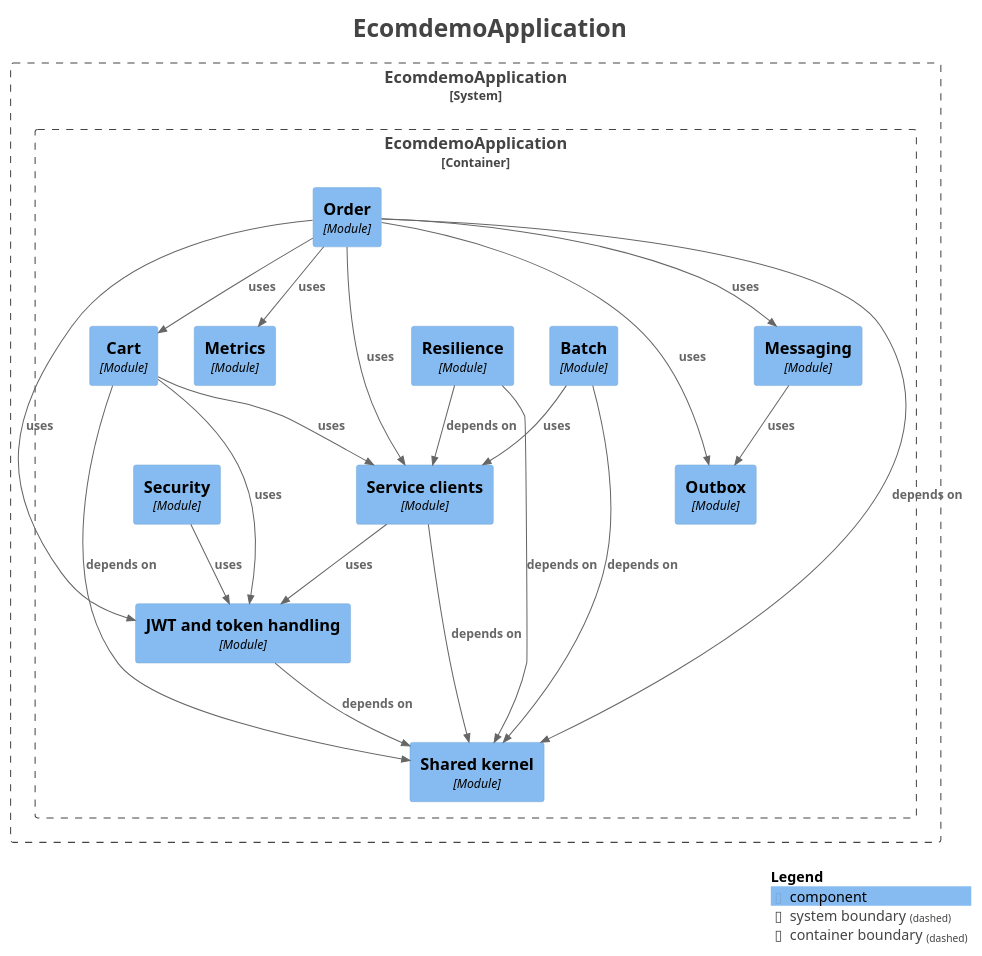
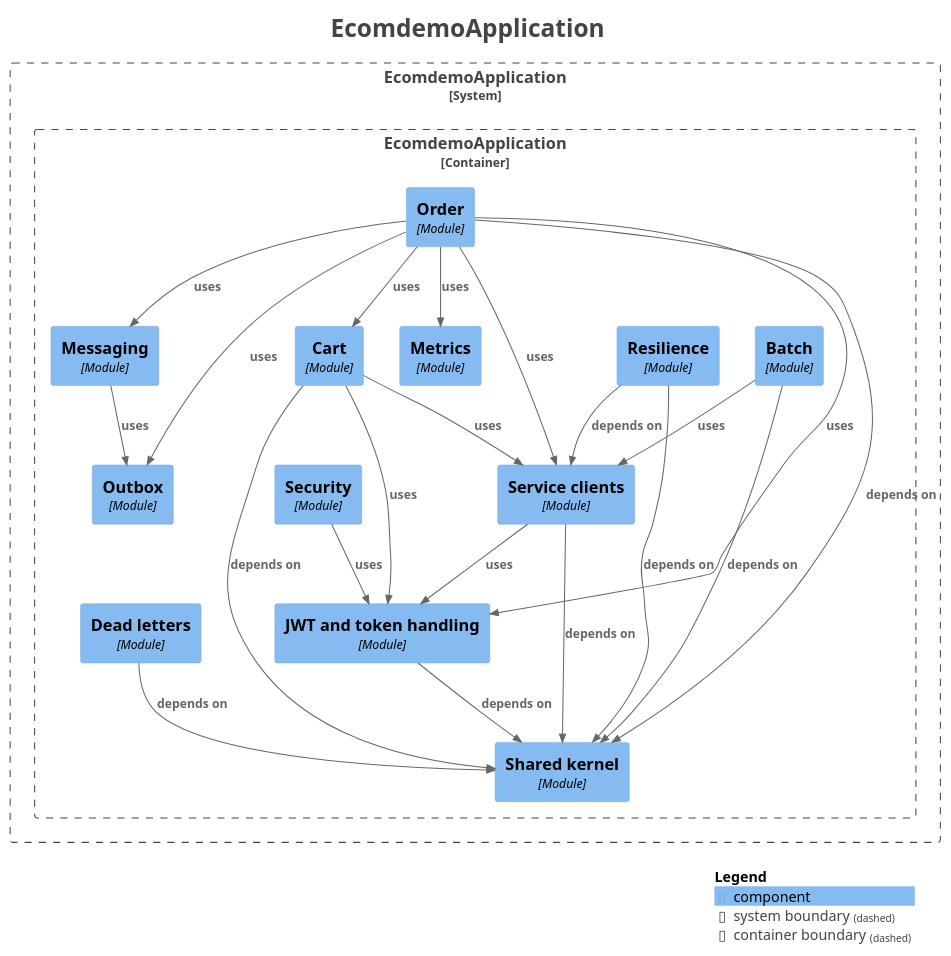
Before and after one commit to mr-sujay-patil/ecomdemo: the diagram in docs/modules/components.puml, drawn with PlantUML. The commit also changed 16 other files, not shown here.

```diff
--- a/docs/modules/components.puml
+++ b/docs/modules/components.puml
@@ -1,57 +1,59 @@
 @startuml
 title <size:24>EcomdemoApplication</size>
 
 set separator none
 top to bottom direction
 
 <style>
   root {
     BackgroundColor: #ffffff
     FontColor: #444444
   }
 </style>
 
 !include <C4/C4>
 !include <C4/C4_Context>
 !include <C4/C4_Component>
 
 System_Boundary("EcomdemoApplication_boundary", "EcomdemoApplication", $tags="") {
   Container_Boundary("EcomdemoApplication.EcomdemoApplication_boundary", "EcomdemoApplication", $tags="") {
+    Component(EcomdemoApplication.EcomdemoApplication.Messaging, "Messaging", $techn="Module", $descr="", $tags="", $link="")
     Component(EcomdemoApplication.EcomdemoApplication.Serviceclients, "Service clients", $techn="Module", $descr="", $tags="", $link="")
     Component(EcomdemoApplication.EcomdemoApplication.Security, "Security", $techn="Module", $descr="", $tags="", $link="")
     Component(EcomdemoApplication.EcomdemoApplication.Batch, "Batch", $techn="Module", $descr="", $tags="", $link="")
     Component(EcomdemoApplication.EcomdemoApplication.Cart, "Cart", $techn="Module", $descr="", $tags="", $link="")
     Component(EcomdemoApplication.EcomdemoApplication.Resilience, "Resilience", $techn="Module", $descr="", $tags="", $link="")
     Component(EcomdemoApplication.EcomdemoApplication.Order, "Order", $techn="Module", $descr="", $tags="", $link="")
     Component(EcomdemoApplication.EcomdemoApplication.Metrics, "Metrics", $techn="Module", $descr="", $tags="", $link="")
     Component(EcomdemoApplication.EcomdemoApplication.Outbox, "Outbox", $techn="Module", $descr="", $tags="", $link="")
     Component(EcomdemoApplication.EcomdemoApplication.Sharedkernel, "Shared kernel", $techn="Module", $descr="", $tags="", $link="")
+    Component(EcomdemoApplication.EcomdemoApplication.Deadletters, "Dead letters", $techn="Module", $descr="", $tags="", $link="")
     Component(EcomdemoApplication.EcomdemoApplication.JWTandtokenhandling, "JWT and token handling", $techn="Module", $descr="", $tags="", $link="")
-    Component(EcomdemoApplication.EcomdemoApplication.Messaging, "Messaging", $techn="Module", $descr="", $tags="", $link="")
   }
 
 }
 
 Rel(EcomdemoApplication.EcomdemoApplication.Batch, EcomdemoApplication.EcomdemoApplication.Serviceclients, "uses", $techn="", $tags="", $link="")
 Rel(EcomdemoApplication.EcomdemoApplication.Batch, EcomdemoApplication.EcomdemoApplication.Sharedkernel, "depends on", $techn="", $tags="", $link="")
 Rel(EcomdemoApplication.EcomdemoApplication.Cart, EcomdemoApplication.EcomdemoApplication.JWTandtokenhandling, "uses", $techn="", $tags="", $link="")
 Rel(EcomdemoApplication.EcomdemoApplication.Cart, EcomdemoApplication.EcomdemoApplication.Serviceclients, "uses", $techn="", $tags="", $link="")
 Rel(EcomdemoApplication.EcomdemoApplication.Cart, EcomdemoApplication.EcomdemoApplication.Sharedkernel, "depends on", $techn="", $tags="", $link="")
+Rel(EcomdemoApplication.EcomdemoApplication.Deadletters, EcomdemoApplication.EcomdemoApplication.Sharedkernel, "depends on", $techn="", $tags="", $link="")
 Rel(EcomdemoApplication.EcomdemoApplication.JWTandtokenhandling, EcomdemoApplication.EcomdemoApplication.Sharedkernel, "depends on", $techn="", $tags="", $link="")
 Rel(EcomdemoApplication.EcomdemoApplication.Messaging, EcomdemoApplication.EcomdemoApplication.Outbox, "uses", $techn="", $tags="", $link="")
 Rel(EcomdemoApplication.EcomdemoApplication.Order, EcomdemoApplication.EcomdemoApplication.Cart, "uses", $techn="", $tags="", $link="")
 Rel(EcomdemoApplication.EcomdemoApplication.Order, EcomdemoApplication.EcomdemoApplication.JWTandtokenhandling, "uses", $techn="", $tags="", $link="")
 Rel(EcomdemoApplication.EcomdemoApplication.Order, EcomdemoApplication.EcomdemoApplication.Messaging, "uses", $techn="", $tags="", $link="")
 Rel(EcomdemoApplication.EcomdemoApplication.Order, EcomdemoApplication.EcomdemoApplication.Metrics, "uses", $techn="", $tags="", $link="")
 Rel(EcomdemoApplication.EcomdemoApplication.Order, EcomdemoApplication.EcomdemoApplication.Outbox, "uses", $techn="", $tags="", $link="")
 Rel(EcomdemoApplication.EcomdemoApplication.Order, EcomdemoApplication.EcomdemoApplication.Serviceclients, "uses", $techn="", $tags="", $link="")
 Rel(EcomdemoApplication.EcomdemoApplication.Order, EcomdemoApplication.EcomdemoApplication.Sharedkernel, "depends on", $techn="", $tags="", $link="")
 Rel(EcomdemoApplication.EcomdemoApplication.Resilience, EcomdemoApplication.EcomdemoApplication.Serviceclients, "depends on", $techn="", $tags="", $link="")
 Rel(EcomdemoApplication.EcomdemoApplication.Resilience, EcomdemoApplication.EcomdemoApplication.Sharedkernel, "depends on", $techn="", $tags="", $link="")
 Rel(EcomdemoApplication.EcomdemoApplication.Security, EcomdemoApplication.EcomdemoApplication.JWTandtokenhandling, "uses", $techn="", $tags="", $link="")
 Rel(EcomdemoApplication.EcomdemoApplication.Serviceclients, EcomdemoApplication.EcomdemoApplication.JWTandtokenhandling, "uses", $techn="", $tags="", $link="")
 Rel(EcomdemoApplication.EcomdemoApplication.Serviceclients, EcomdemoApplication.EcomdemoApplication.Sharedkernel, "depends on", $techn="", $tags="", $link="")
 
 SHOW_LEGEND(true)
 hide stereotypes
 @enduml
```
